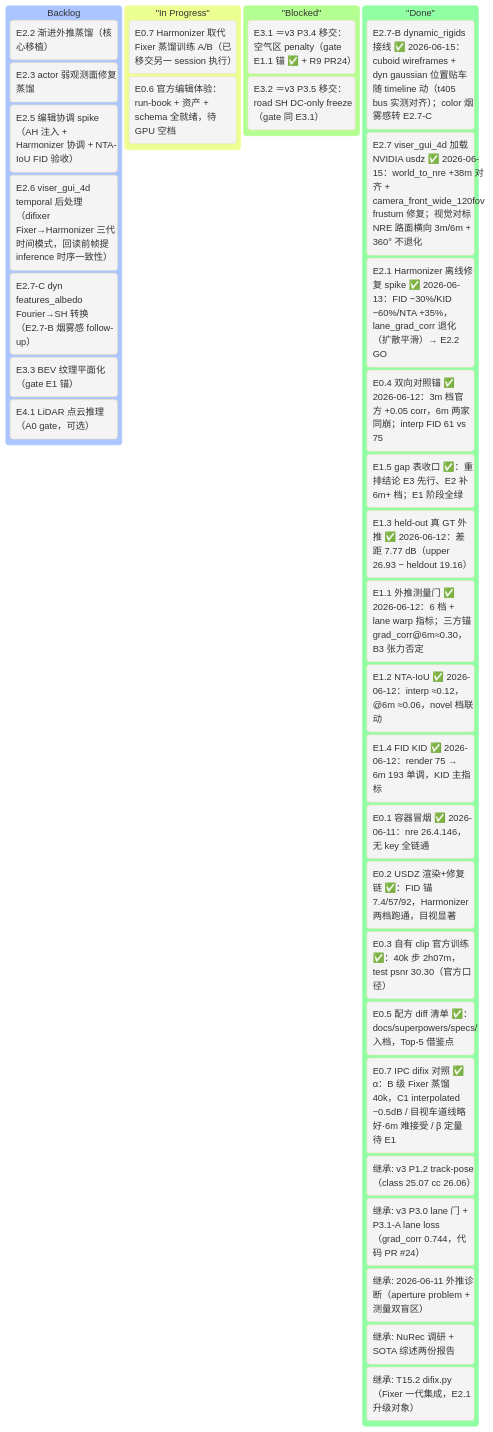
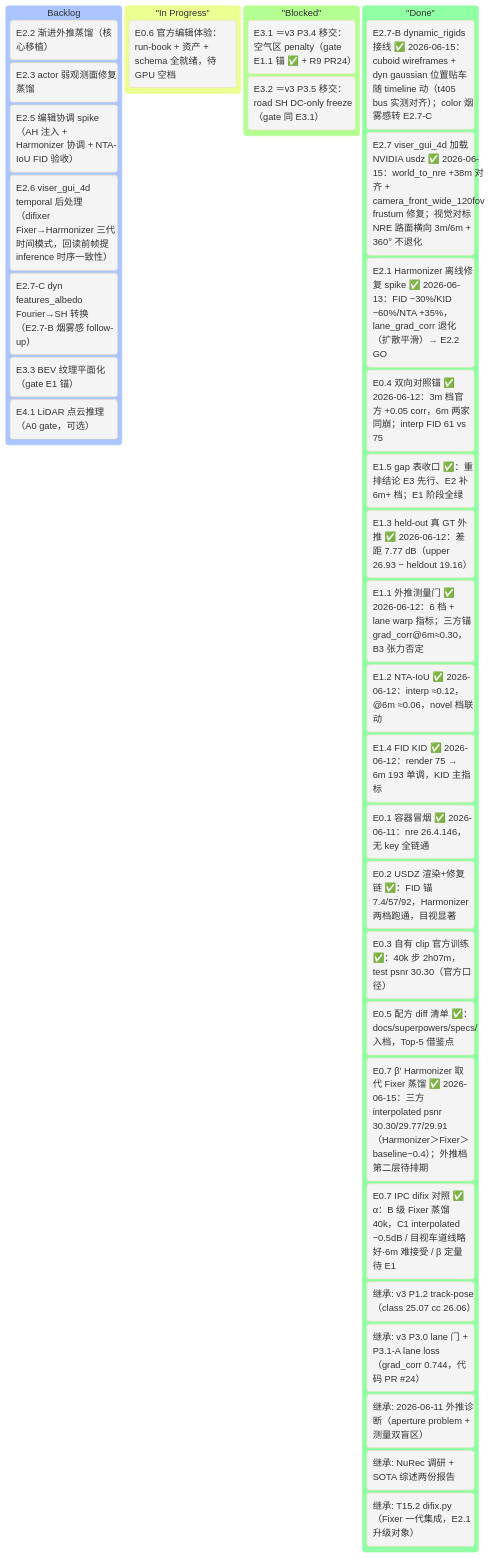
One commit to etendue/3dgrut changed the first of 2 diagrams in v4_plan.md. Above: the diagram before and after it, drawn with Mermaid. The commit also changed other lines of this file, not shown here.

Commit message:
docs(plan): sync E0.7 β' (Harmonizer-as-Fixer) done into v4 kanban/汇总/依赖图

````diff
--- a/v4_plan.md
+++ b/v4_plan.md
@@ -67,41 +67,41 @@
 ```mermaid
 %%{init: {'theme':'base'}}%%
 kanban
     Backlog
         [E2.2 渐进外推蒸馏（核心移植）]
         [E2.3 actor 弱观测面修复蒸馏]
         [E2.5 编辑协调 spike（AH 注入 + Harmonizer 协调 + NTA-IoU FID 验收）]
         [E2.6 viser_gui_4d temporal 后处理（difixer Fixer→Harmonizer 三代时间模式，回读前帧提 inference 时序一致性）]
         [E2.7-C dyn features_albedo Fourier→SH 转换（E2.7-B 烟雾感 follow-up）]
         [E3.3 BEV 纹理平面化（gate E1 锚）]
         [E4.1 LiDAR 点云推理（A0 gate，可选）]
 
     "In Progress"
-        [E0.7 Harmonizer 取代 Fixer 蒸馏训练 A/B（已移交另一 session 执行）]
         [E0.6 官方编辑体验：run-book + 资产 + schema 全就绪，待 GPU 空档]
 
     "Blocked"
         [E3.1 ＝v3 P3.4 移交：空气区 penalty（gate E1.1 锚 ✅ + R9 PR24）]
         [E3.2 ＝v3 P3.5 移交：road SH DC-only freeze（gate 同 E3.1）]
 
     "Done"
         [E2.7-B dynamic_rigids 接线 ✅ 2026-06-15：cuboid wireframes + dyn gaussian 位置贴车随 timeline 动（t405 bus 实测对齐）；color 烟雾感转 E2.7-C]
         [E2.7 viser_gui_4d 加载 NVIDIA usdz ✅ 2026-06-15：world_to_nre +38m 对齐 + camera_front_wide_120fov frustum 修复；视觉对标 NRE 路面横向 3m/6m + 360° 不退化]
         [E2.1 Harmonizer 离线修复 spike ✅ 2026-06-13：FID −30%/KID −60%/NTA +35%，lane_grad_corr 退化（扩散平滑）→ E2.2 GO]
         [E0.4 双向对照锚 ✅ 2026-06-12：3m 档官方 +0.05 corr，6m 两家同崩；interp FID 61 vs 75]
         [E1.5 gap 表收口 ✅：重排结论 E3 先行、E2 补 6m+ 档；E1 阶段全绿]
         [E1.3 held-out 真 GT 外推 ✅ 2026-06-12：差距 7.77 dB（upper 26.93 − heldout 19.16）]
         [E1.1 外推测量门 ✅ 2026-06-12：6 档 + lane warp 指标；三方锚 grad_corr@6m≈0.30，B3 张力否定]
         [E1.2 NTA-IoU ✅ 2026-06-12：interp ≈0.12，@6m ≈0.06，novel 档联动]
         [E1.4 FID KID ✅ 2026-06-12：render 75 → 6m 193 单调，KID 主指标]
         [E0.1 容器冒烟 ✅ 2026-06-11：nre 26.4.146，无 key 全链通]
         [E0.2 USDZ 渲染+修复链 ✅：FID 锚 7.4/57/92，Harmonizer 两档跑通，目视显著]
         [E0.3 自有 clip 官方训练 ✅：40k 步 2h07m，test psnr 30.30（官方口径）]
         [E0.5 配方 diff 清单 ✅：docs/superpowers/specs/ 入档，Top-5 借鉴点]
+        [E0.7 β' Harmonizer 取代 Fixer 蒸馏 ✅ 2026-06-15：三方 interpolated psnr 30.30/29.77/29.91（Harmonizer＞Fixer＞baseline−0.4）；外推档第二层待排期]
         [E0.7 IPC difix 对照 ✅ α：B 级 Fixer 蒸馏 40k，C1 interpolated −0.5dB / 目视车道线略好·6m 难接受 / β 定量待 E1]
         [继承: v3 P1.2 track-pose（class 25.07 cc 26.06）]
         [继承: v3 P3.0 lane 门 + P3.1-A lane loss（grad_corr 0.744，代码 PR #24）]
         [继承: 2026-06-11 外推诊断（aperture problem + 测量双盲区）]
         [继承: NuRec 调研 + SOTA 综述两份报告]
         [继承: T15.2 difix.py（Fixer 一代集成，E2.1 升级对象）]
 ```
````
